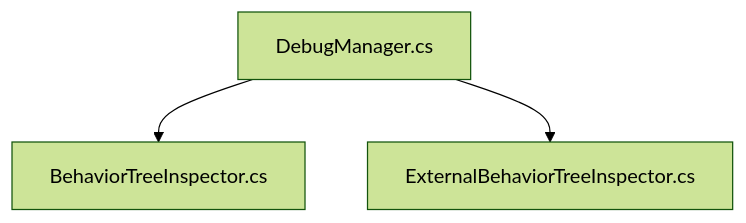
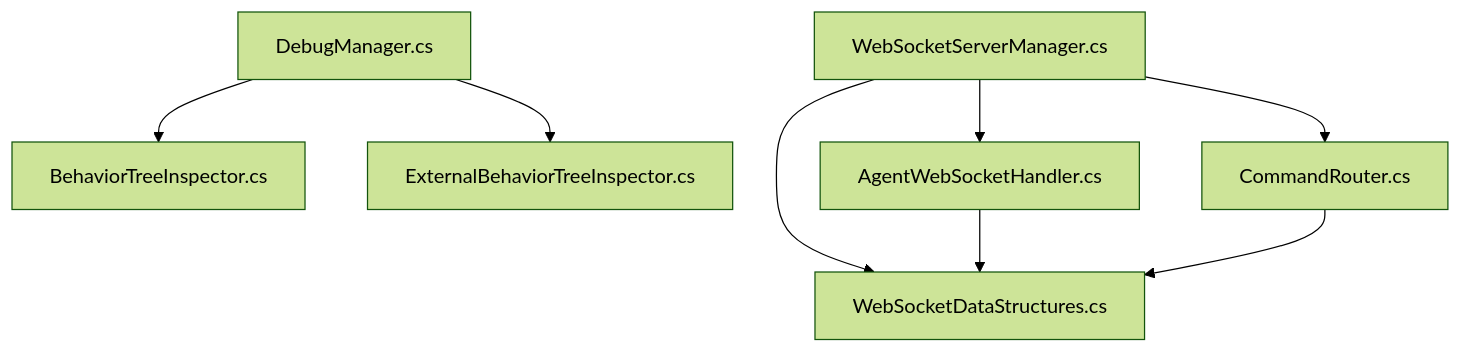
One commit to kandeng/AI-Controlled-battle-game changed the seventh of 7 diagrams in .qoder/repowiki/en/content/Development Tools & Utilities.md. Above: the diagram before and after it, drawn with Mermaid (forest theme). The commit also changed other lines of this file and 76 other files, not shown here.

````diff
--- a/.qoder/repowiki/en/content/Development Tools & Utilities.md
+++ b/.qoder/repowiki/en/content/Development Tools & Utilities.md
@@ -161,8 +315,17 @@
 ```mermaid
 graph TB
 DM["DebugManager.cs"]
 BTI["BehaviorTreeInspector.cs"]
 EBTI["ExternalBehaviorTreeInspector.cs"]
+WSM["WebSocketServerManager.cs"]
+AWSH["AgentWebSocketHandler.cs"]
+WSDS["WebSocketDataStructures.cs"]
+CR["CommandRouter.cs"]
 DM --> BTI
 DM --> EBTI
+WSM --> AWSH
+WSM --> WSDS
+WSM --> CR
+AWSH --> WSDS
+CR --> WSDS
 ```
````
